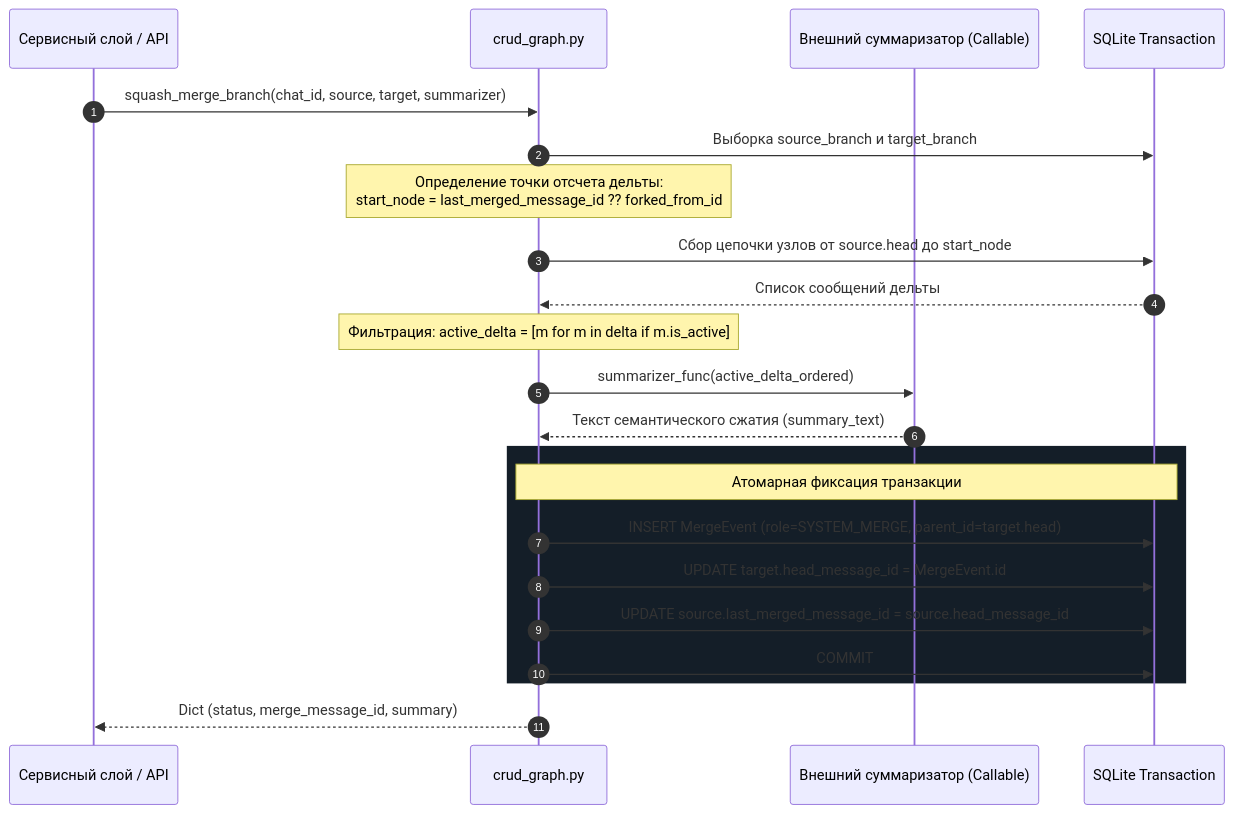
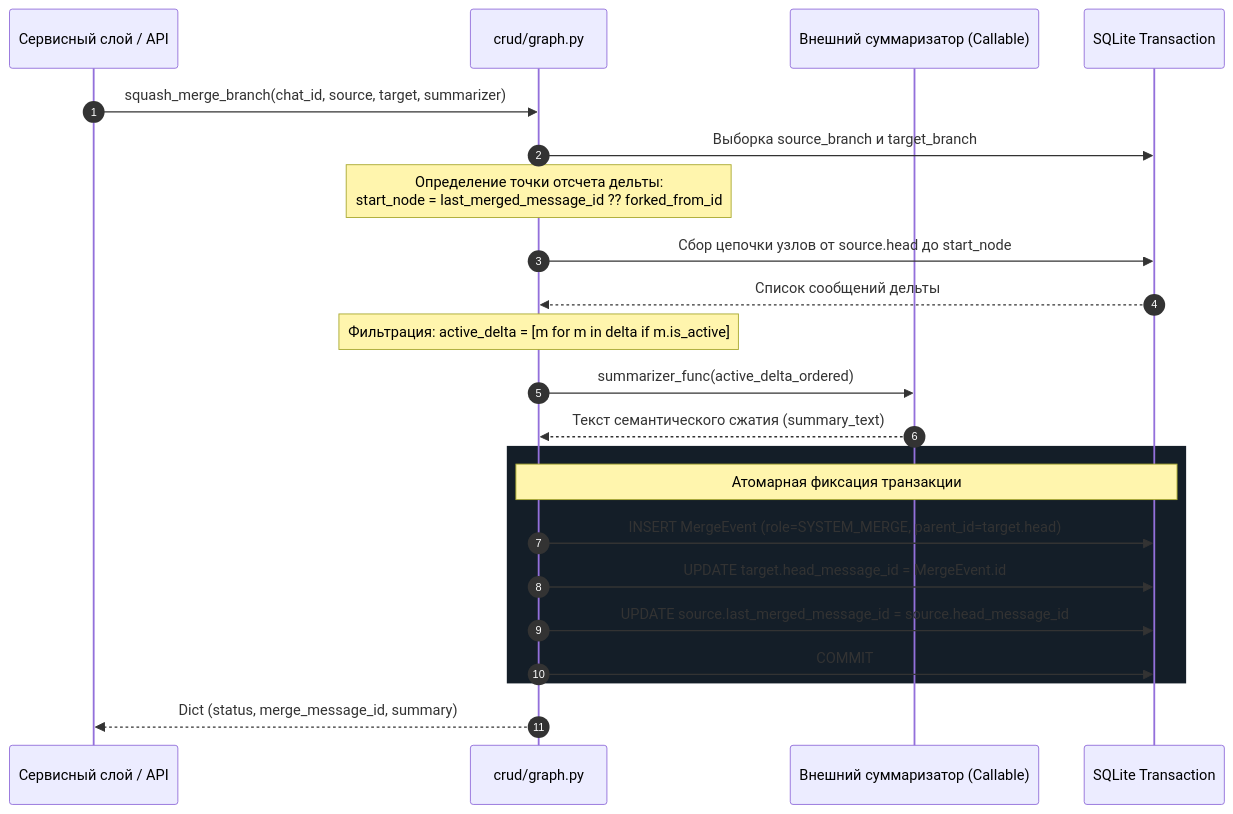
One commit to Curr3ncyV01D/exocortex changed the fourth of 4 diagrams in docs/spec_crud_graph.md. Above: the diagram before and after it, drawn with Mermaid. The commit also changed other lines of this file and 1 other file, not shown here.

````diff
--- a/docs/spec_crud_graph.md
+++ b/docs/spec_crud_graph.md
@@ -139,31 +139,31 @@
 ```mermaid
 sequenceDiagram
     autonumber
     participant Caller as Сервисный слой / API
-    participant Graph as crud_graph.py
+    participant Graph as crud/graph.py
     participant Summarizer as Внешний суммаризатор (Callable)
     participant DB as SQLite Transaction
 
     Caller->>Graph: squash_merge_branch(chat_id, source, target, summarizer)
     Graph->>DB: Выборка source_branch и target_branch
     
     Note over Graph: Определение точки отсчета дельты:<br/>start_node = last_merged_message_id ?? forked_from_id
     
     Graph->>DB: Сбор цепочки узлов от source.head до start_node
     DB-->>Graph: Список сообщений дельты
     
     Note over Graph: Фильтрация: active_delta = [m for m in delta if m.is_active]
     
     Graph->>Summarizer: summarizer_func(active_delta_ordered)
     Summarizer-->>Graph: Текст семантического сжатия (summary_text)
 
     rect rgb(20, 30, 40)
     Note over Graph,DB: Атомарная фиксация транзакции
     Graph->>DB: INSERT MergeEvent (role=SYSTEM_MERGE, parent_id=target.head)
     Graph->>DB: UPDATE target.head_message_id = MergeEvent.id
     Graph->>DB: UPDATE source.last_merged_message_id = source.head_message_id
     Graph->>DB: COMMIT
     end
 
     Graph-->>Caller: Dict (status, merge_message_id, summary)
 ```
````
